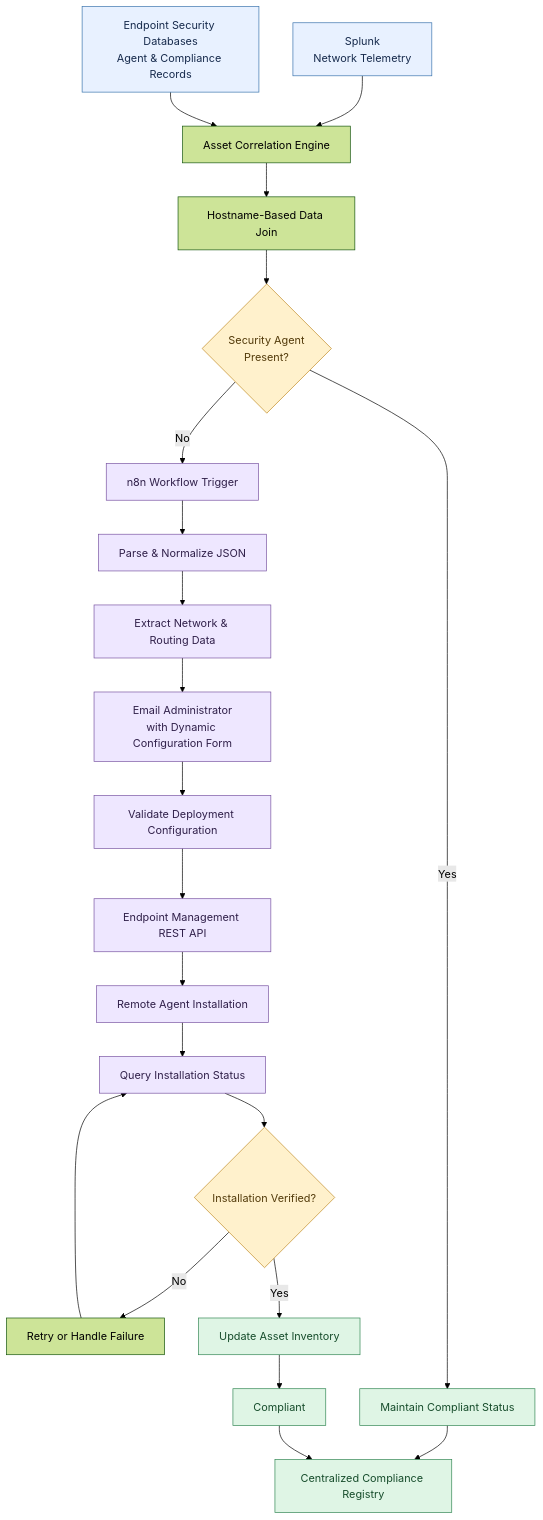
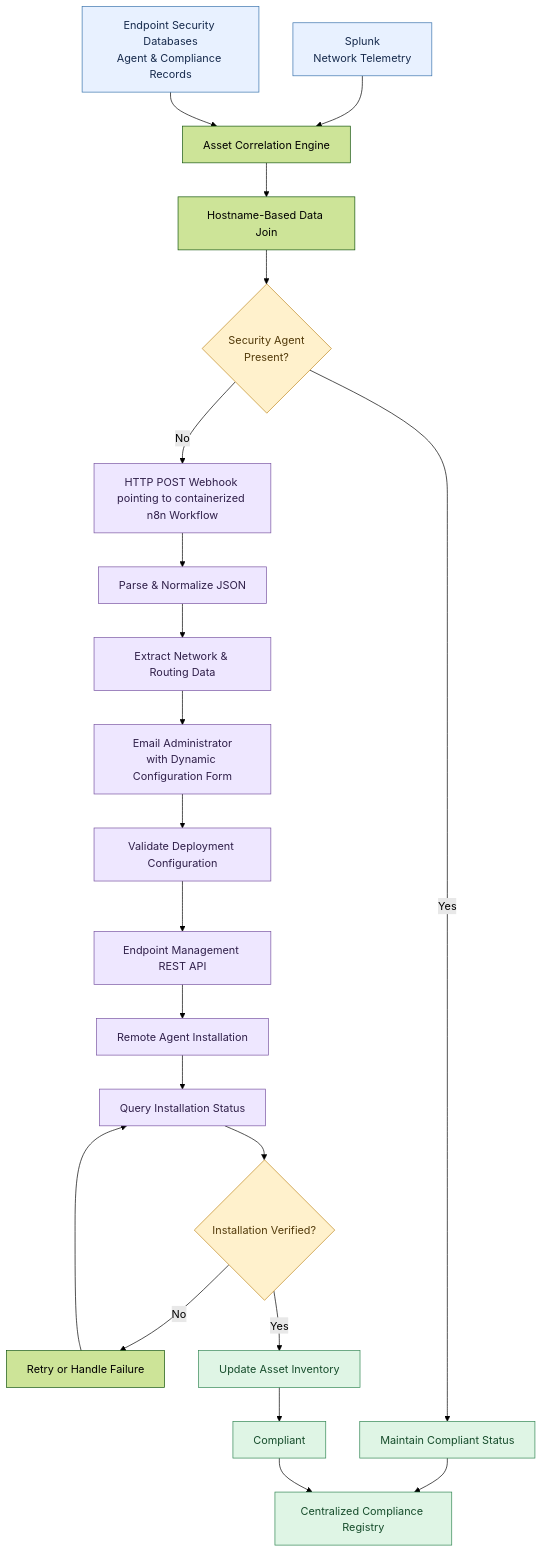
Before and after one commit to KaziHossain15/C2C-Pipeline: the first of 2 diagrams in README.md, drawn with Mermaid (forest theme).

Commit message:
Update n8n Workflow trigger description in README

````diff
--- a/README.md
+++ b/README.md
@@ -22,41 +22,41 @@
 ```mermaid
 flowchart TD
     A["Splunk<br/>Network Telemetry"] --> C["Asset Correlation Engine"]
     B["Endpoint Security Databases<br/>Agent & Compliance Records"] --> C
 
     C --> D["Hostname-Based Data Join"]
     D --> E{"Security Agent<br/>Present?"}
 
     E -->|Yes| F["Maintain Compliant Status"]
-    E -->|No| G["n8n Workflow Trigger"]
+    E -->|No| G["HTTP POST Webhook pointing to containerized n8n Workflow"]
 
     G --> H["Parse & Normalize JSON"]
     H --> I["Extract Network & Routing Data"]
     I --> J["Email Administrator<br/>with Dynamic Configuration Form"]
 
     J --> K["Validate Deployment Configuration"]
     K --> L["Endpoint Management REST API"]
     L --> M["Remote Agent Installation"]
 
     M --> N["Query Installation Status"]
     N --> O{"Installation Verified?"}
 
     O -->|No| P["Retry or Handle Failure"]
     P --> N
 
     O -->|Yes| Q["Update Asset Inventory"]
     Q --> R["Compliant"]
 
     F --> S["Centralized Compliance Registry"]
     R --> S
 
     classDef source fill:#e8f1ff,stroke:#3973ac,color:#172b4d
     classDef automation fill:#eee7ff,stroke:#7954a1,color:#30204a
     classDef decision fill:#fff1cc,stroke:#c08a22,color:#533b0b
     classDef success fill:#dff5e5,stroke:#318653,color:#174d2c
 
     class A,B source
     class G,H,I,J,K,L,M,N automation
     class E,O decision
     class F,Q,R,S success
 ```
````
